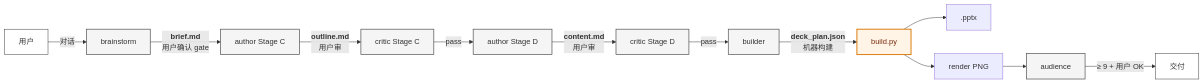
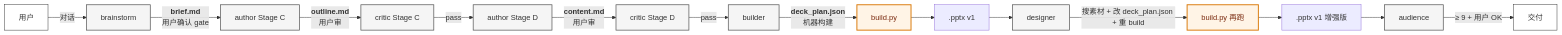
One commit to pcliangx/iLovePPT changed the tenth of 12 diagrams in docs/agent-internals.zh.md. Above: the diagram before and after it, drawn with Mermaid. The commit also changed other lines of this file, not shown here.

First line of the commit message:
docs(internals): agent-internals.zh.md v0.5.2 系统补完(前次 commit 漏改 11 处)

````diff
--- a/docs/agent-internals.zh.md
+++ b/docs/agent-internals.zh.md
@@ -578,21 +585,23 @@
 ```mermaid
 flowchart LR
     U[用户] -->|对话| BS[brainstorm]
     BS -->|<b>brief.md</b><br/>用户确认 gate| AU1[author Stage C]
     AU1 -->|<b>outline.md</b><br/>用户审| CR1[critic Stage C]
     CR1 -->|pass| AU2[author Stage D]
     AU2 -->|<b>content.md</b><br/>用户审| CR2[critic Stage D]
     CR2 -->|pass| BD[builder]
     BD -->|<b>deck_plan.json</b><br/>机器构建| BP[build.py]
-    BP --> PPTX[.pptx]
-    BP --> PNG[render PNG]
-    PNG --> AD[audience]
+    BP --> PPTX1[.pptx v1]
+    PPTX1 --> DS[designer]
+    DS -->|搜素材 + 改 deck_plan.json + 重 build| BP2[build.py 再跑]
+    BP2 --> PPTX2[.pptx v1 增强版]
+    PPTX2 --> AD[audience]
     AD -->|≥ 9 + 用户 OK| DL[交付]
     classDef u fill:#FFF,stroke:#333
     classDef interface fill:#E6F0FC,stroke:#1E6FE0,stroke-width:2px,color:#0B2A4A
     classDef agent fill:#F5F5F5,stroke:#555,stroke-width:1.5px
     classDef tool fill:#FFF4E6,stroke:#D97706,stroke-width:2px,color:#7C2D12
     class U,DL u
-    class BS,AU1,AU2,CR1,CR2,BD,AD agent
-    class BP tool
+    class BS,AU1,AU2,CR1,CR2,BD,DS,AD agent
+    class BP,BP2 tool
 ```
````
